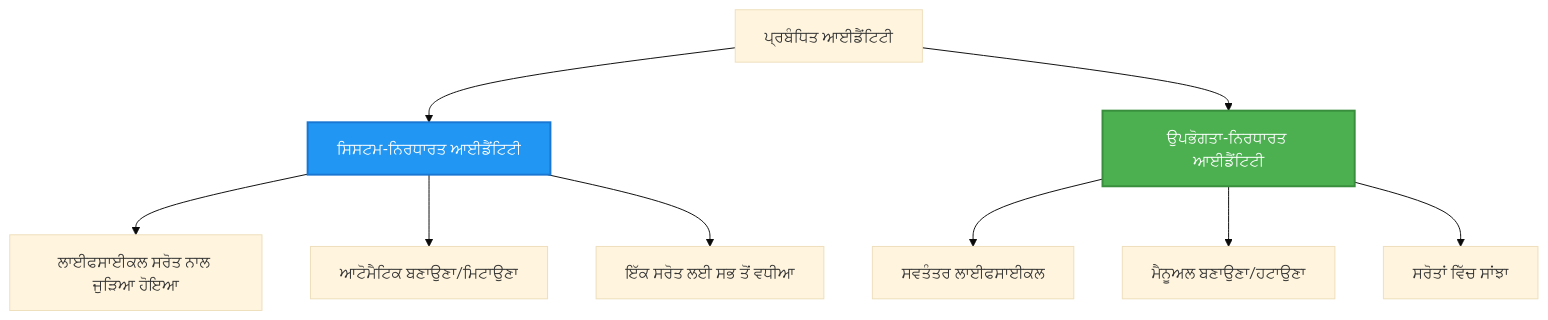
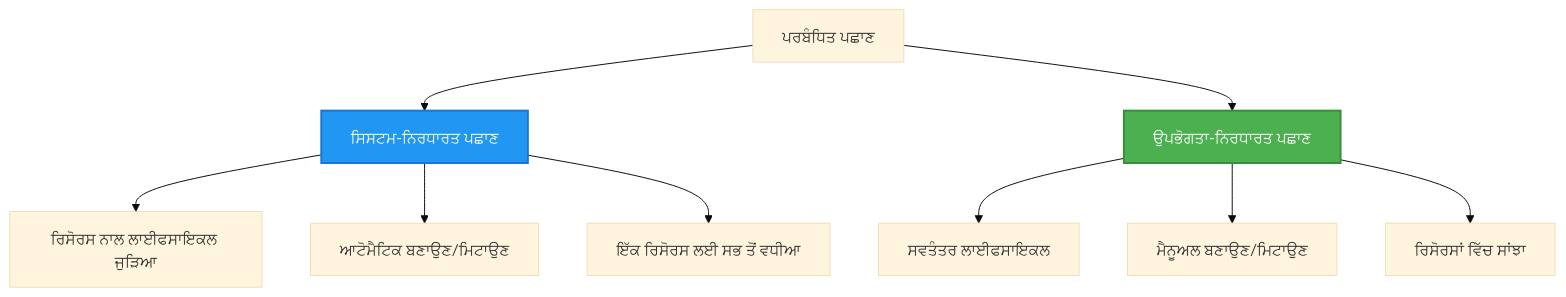
One commit to microsoft/AZD-for-beginners changed the second of 2 diagrams in translations/pa/docs/chapter-03-configuration/authsecurity.md. Above: the diagram before and after it, drawn with Mermaid (base theme). The commit also changed other lines of this file and 101 other files, not shown here.

````diff
--- a/translations/pa/docs/chapter-03-configuration/authsecurity.md
+++ b/translations/pa/docs/chapter-03-configuration/authsecurity.md
@@ -97,20 +97,20 @@
 ```mermaid
 graph TB
-    MI[ਪ੍ਰਬੰਧਿਤ ਆਈਡੈਂਟਿਟੀ]
-    SystemAssigned[ਸਿਸਟਮ-ਨਿਰਧਾਰਤ ਆਈਡੈਂਟਿਟੀ]
-    UserAssigned[ਉਪਭੋਗਤਾ-ਨਿਰਧਾਰਤ ਆਈਡੈਂਟਿਟੀ]
+    MI[ਪਰਬੰਧਿਤ ਪਛਾਣ]
+    SystemAssigned[ਸਿਸਟਮ-ਨਿਰਧਾਰਤ ਪਛਾਣ]
+    UserAssigned[ਉਪਭੋਗਤਾ-ਨਿਰਧਾਰਤ ਪਛਾਣ]
     
     MI --> SystemAssigned
     MI --> UserAssigned
     
-    SystemAssigned --> SA1[ਲਾਈਫਸਾਈਕਲ ਸਰੋਤ ਨਾਲ ਜੁੜਿਆ ਹੋਇਆ]
-    SystemAssigned --> SA2[ਆਟੋਮੈਟਿਕ ਬਣਾਉਣਾ/ਮਿਟਾਉਣਾ]
-    SystemAssigned --> SA3[ਇੱਕ ਸਰੋਤ ਲਈ ਸਭ ਤੋਂ ਵਧੀਆ]
+    SystemAssigned --> SA1[ਰਿਸੋਰਸ ਨਾਲ ਲਾਈਫਸਾਇਕਲ ਜੁੜਿਆ]
+    SystemAssigned --> SA2[ਆਟੋਮੈਟਿਕ ਬਣਾਉਣ/ਮਿਟਾਉਣ]
+    SystemAssigned --> SA3[ਇੱਕ ਰਿਸੋਰਸ ਲਈ ਸਭ ਤੋਂ ਵਧੀਆ]
     
-    UserAssigned --> UA1[ਸਵਤੰਤਰ ਲਾਈਫਸਾਈਕਲ]
-    UserAssigned --> UA2[ਮੈਨੂਅਲ ਬਣਾਉਣਾ/ਹਟਾਉਣਾ]
-    UserAssigned --> UA3[ਸਰੋਤਾਂ ਵਿੱਚ ਸਾਂਝਾ]
+    UserAssigned --> UA1[ਸਵਤੰਤਰ ਲਾਈਫਸਾਇਕਲ]
+    UserAssigned --> UA2[ਮੈਨੂਅਲ ਬਣਾਉਣ/ਮਿਟਾਉਣ]
+    UserAssigned --> UA3[ਰਿਸੋਰਸਾਂ ਵਿੱਚ ਸਾਂਝਾ]
     
     style SystemAssigned fill:#2196F3,stroke:#1976D2,stroke-width:2px,color:#fff
     style UserAssigned fill:#4CAF50,stroke:#388E3C,stroke-width:2px,color:#fff
 ```
````
